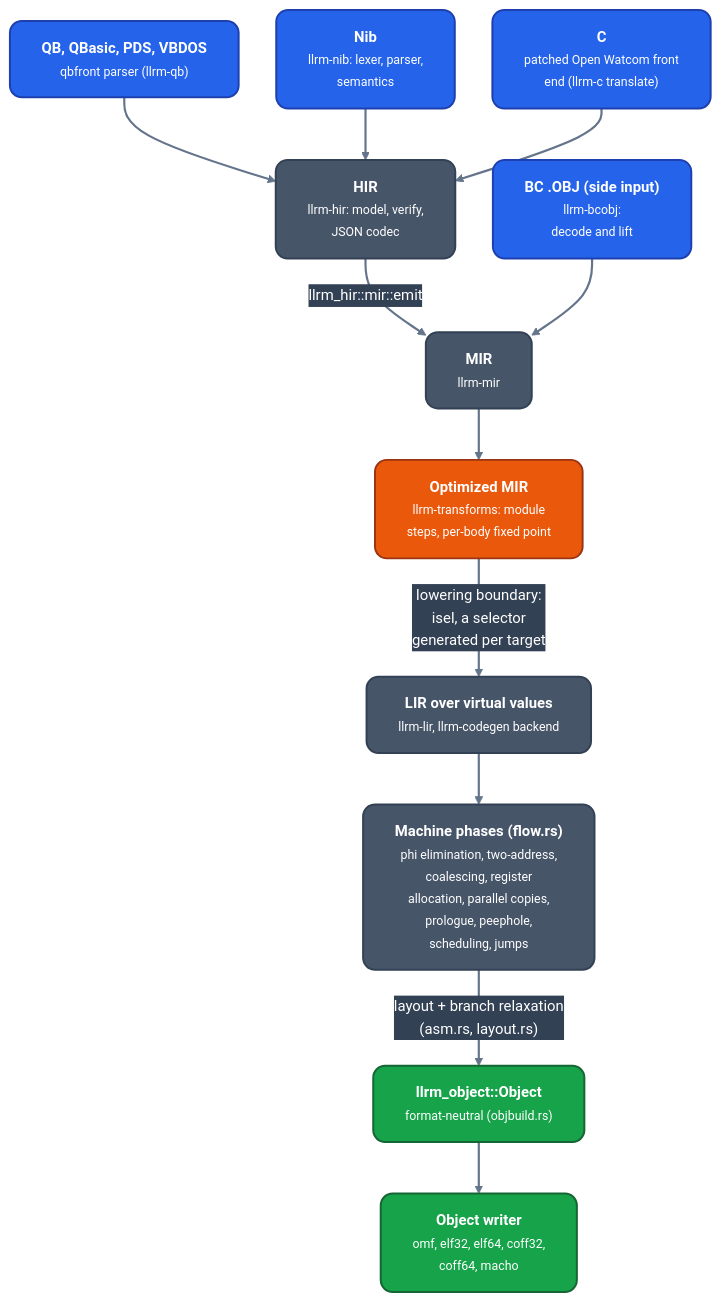
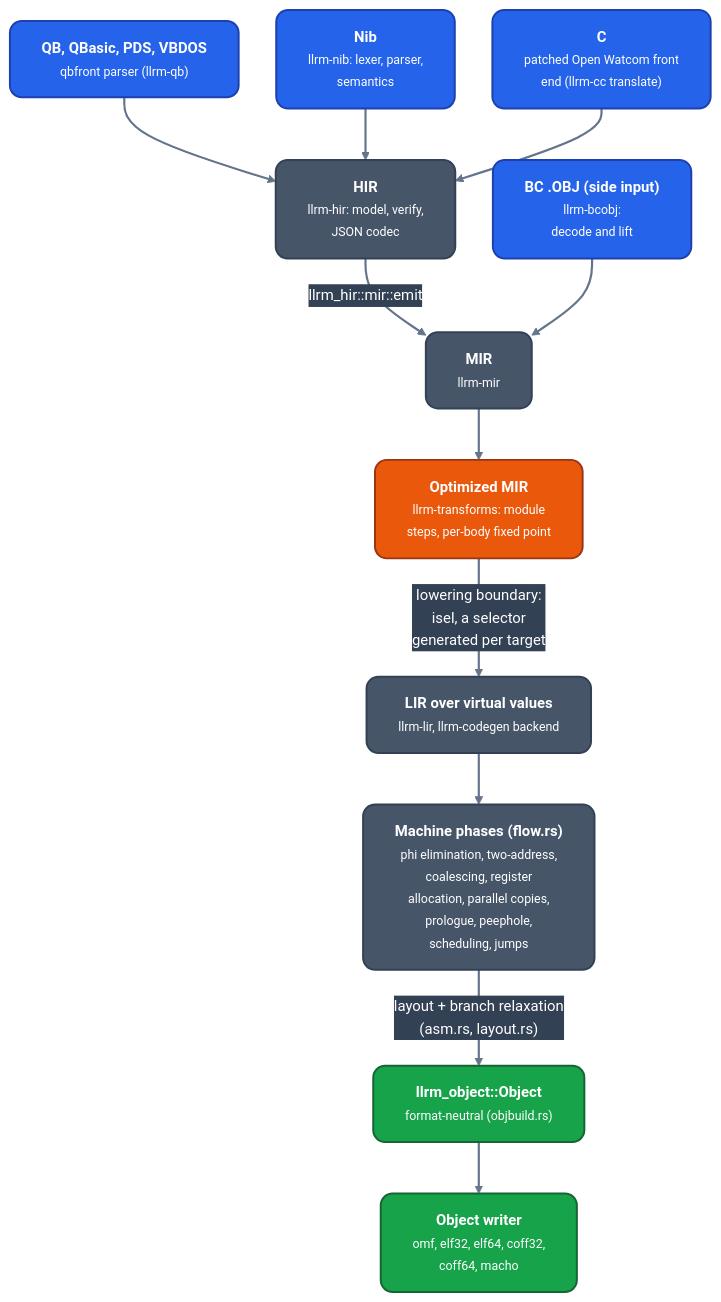
Before and after one commit to ali-mosavian/llrm: the first of 6 diagrams in docs/architecture/readme.md, drawn with Mermaid. The commit also changed other lines of this file and 411 other files, not shown here.

First line of the commit message:
chore: delete the Watcom frontend llrm-c

````diff
--- a/docs/architecture/readme.md
+++ b/docs/architecture/readme.md
@@ -21,30 +21,30 @@
 ```mermaid
 %%{init: {'theme':'base','themeVariables':{'fontFamily':'Segoe UI, Helvetica Neue, Arial, DejaVu Sans, sans-serif','fontSize':'15px','primaryColor':'#475569','primaryTextColor':'#ffffff','primaryBorderColor':'#334155','lineColor':'#64748b','secondaryColor':'#475569','tertiaryColor':'transparent','clusterBkg':'transparent','clusterBorder':'#64748b','edgeLabelBackground':'#334155','textColor':'#64748b','titleColor':'#64748b'},'flowchart':{'curve':'basis','nodeSpacing':38,'rankSpacing':52,'padding':16,'wrappingWidth':360,'htmlLabels':true,'useMaxWidth':true}}}%%
 flowchart TB
   classDef src fill:#2563eb,stroke:#1e40af,stroke-width:2px,color:#ffffff,rx:12px,ry:12px
   classDef mid fill:#475569,stroke:#334155,stroke-width:2px,color:#ffffff,rx:12px,ry:12px
   classDef opt fill:#ea580c,stroke:#9a3412,stroke-width:2px,color:#ffffff,rx:12px,ry:12px
   classDef out fill:#16a34a,stroke:#166534,stroke-width:2px,color:#ffffff,rx:12px,ry:12px
   linkStyle default stroke:#64748b,stroke-width:2.2px
   qb["<b>QB, QBasic, PDS, VBDOS</b><br/><small>qbfront parser (llrm-qb)</small>"]:::src
   nib["<b>Nib</b><br/><small>llrm-nib: lexer, parser,<br/>semantics</small>"]:::src
-  c["<b>C</b><br/><small>patched Open Watcom front<br/>end (llrm-c translate)</small>"]:::src
+  c["<b>C</b><br/><small>patched Open Watcom front<br/>end (llrm-cc translate)</small>"]:::src
   bc["<b>BC .OBJ (side input)</b><br/><small>llrm-bcobj:<br/>decode and lift</small>"]:::src
   hir["<b>HIR</b><br/><small>llrm-hir: model, verify,<br/>JSON codec</small>"]:::mid
   mir["<b>MIR</b><br/><small>llrm-mir</small>"]:::mid
   opt["<b>Optimized MIR</b><br/><small>llrm-transforms: module<br/>steps, per-body fixed point</small>"]:::opt
   lir["<b>LIR over virtual values</b><br/><small>llrm-lir, llrm-codegen backend</small>"]:::mid
   ph["<b>Machine phases (flow.rs)</b><br/><small>phi elimination, two-address,<br/>coalescing, register<br/>allocation, parallel copies,<br/>prologue, peephole,<br/>scheduling, jumps</small>"]:::mid
   obj["<b>llrm_object::Object</b><br/><small>format-neutral (objbuild.rs)</small>"]:::out
   wr["<b>Object writer</b><br/><small>omf, elf32, elf64, coff32,<br/>coff64, macho</small>"]:::out
   qb --> hir
   nib --> hir
   c --> hir
   hir -->|"llrm_hir::mir::emit"| mir
   bc --> mir
   mir --> opt
   opt -->|"lowering boundary:<br/>isel, a selector<br/>generated per target"| lir
   lir --> ph
   ph -->|"layout + branch relaxation<br/>(asm.rs, layout.rs)"| obj
   obj --> wr
 ```
````
